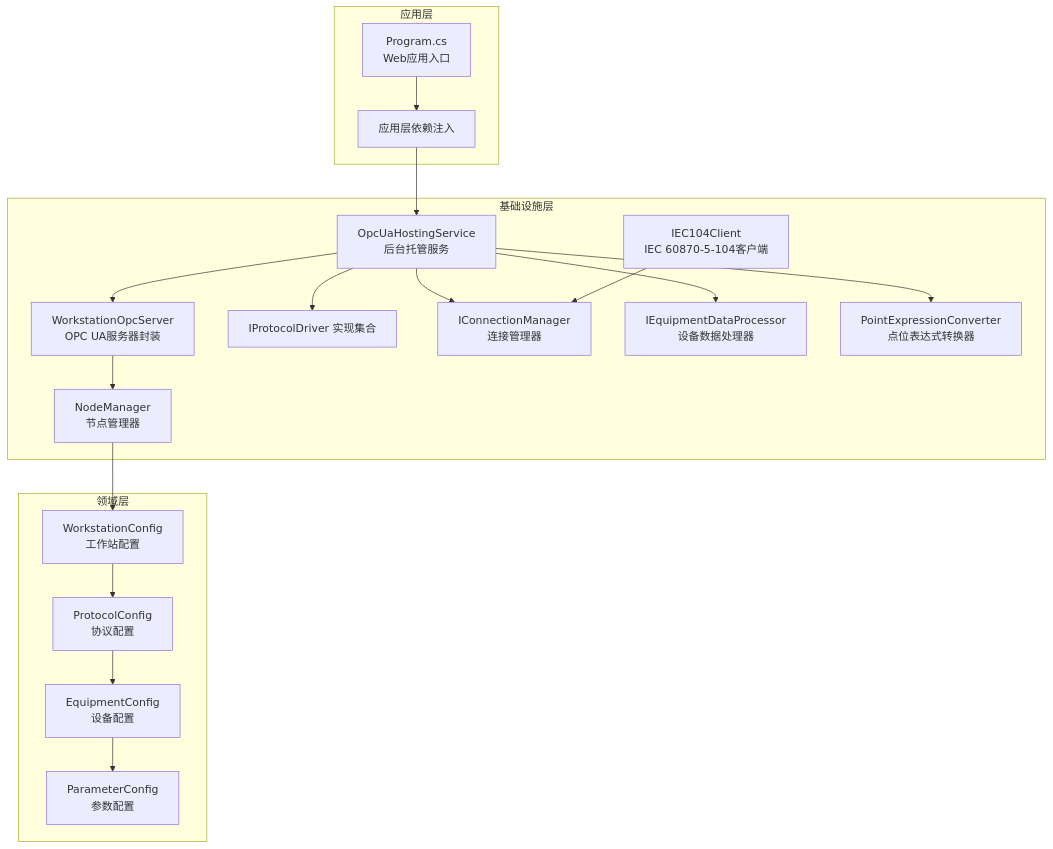
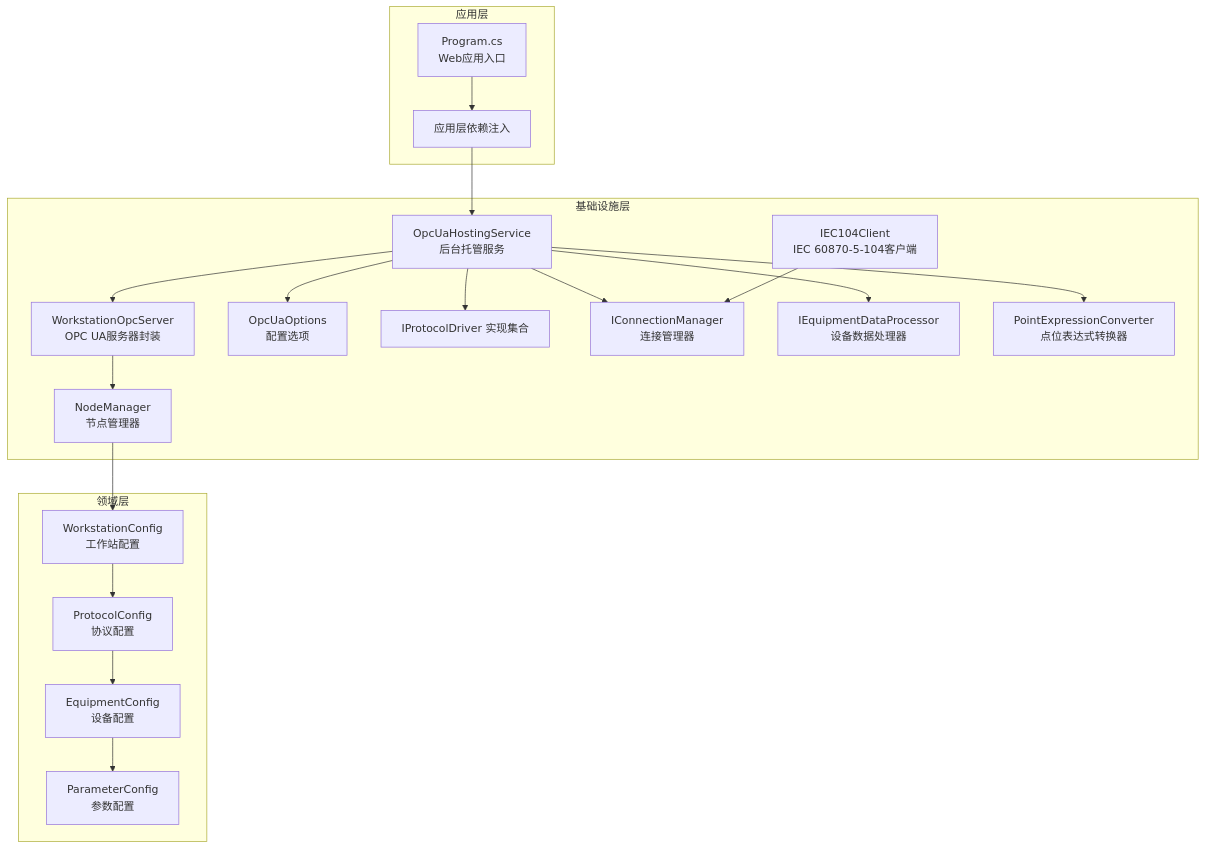
The first of 13 diagrams in .qoder/repowiki/zh/content/OPC UA集成/OPC UA集成.md (whitemousetl/IndustrialDataSolution), drawn with Mermaid before and after one commit. The commit also changed other lines of this file and 13 other files, not shown here.

````diff
--- a/.qoder/repowiki/zh/content/OPC UA集成/OPC UA集成.md
+++ b/.qoder/repowiki/zh/content/OPC UA集成/OPC UA集成.md
@@ -64,36 +66,38 @@
 ```mermaid
 graph TB
 subgraph "应用层"
 API_Program["Program.cs<br/>Web应用入口"]
 App_DI["应用层依赖注入"]
 end
 subgraph "基础设施层"
 HostSvc["OpcUaHostingService<br/>后台托管服务"]
 Server["WorkstationOpcServer<br/>OPC UA服务器封装"]
 NM["NodeManager<br/>节点管理器"]
+Options["OpcUaOptions<br/>配置选项"]
 Drv["IProtocolDriver 实现集合"]
 ConnMgr["IConnectionManager<br/>连接管理器"]
 Proc["IEquipmentDataProcessor<br/>设备数据处理器"]
 Conv["PointExpressionConverter<br/>点位表达式转换器"]
 IEC104["IEC104Client<br/>IEC 60870-5-104客户端"]
 end
 subgraph "领域层"
 WSCfg["WorkstationConfig<br/>工作站配置"]
 ProtoCfg["ProtocolConfig<br/>协议配置"]
 EqCfg["EquipmentConfig<br/>设备配置"]
 ParamCfg["ParameterConfig<br/>参数配置"]
 end
 API_Program --> App_DI
 App_DI --> HostSvc
 HostSvc --> Server
 Server --> NM
+HostSvc --> Options
 HostSvc --> Drv
 HostSvc --> ConnMgr
 HostSvc --> Proc
 HostSvc --> Conv
 NM --> WSCfg
 WSCfg --> ProtoCfg
 ProtoCfg --> EqCfg
 EqCfg --> ParamCfg
 IEC104 --> ConnMgr
 ```
````
